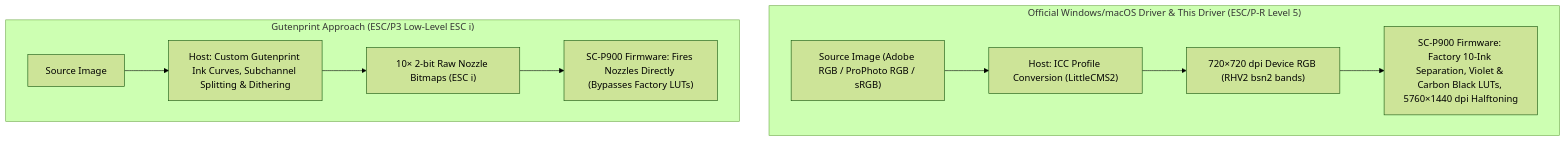
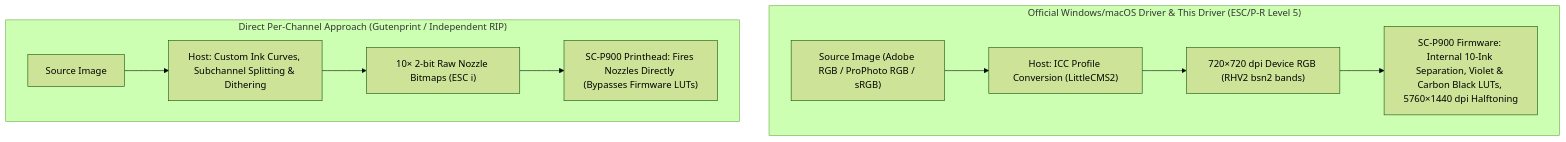
The diagram in docs/why-not-gutenprint.md (colorcube/epson-p900-escpr-cups), drawn with Mermaid (forest theme) before and after one commit. The commit also changed other lines of this file, not shown here.

Commit message:
docs: rewrite why-not-gutenprint.md to present ESC/P-R limitations and trade-offs neutrally

````diff
--- a/docs/why-not-gutenprint.md
+++ b/docs/why-not-gutenprint.md
@@ -45,14 +44,14 @@
 ```mermaid
 flowchart TD
     subgraph Official["Official Windows/macOS Driver & This Driver (ESC/P-R Level 5)"]
         A1["Source Image (Adobe RGB / ProPhoto RGB / sRGB)"] --> A2["Host: ICC Profile Conversion (LittleCMS2)"]
         A2 --> A3["720×720 dpi Device RGB (RHV2 bsn2 bands)"]
-        A3 --> A4["SC-P900 Firmware: Factory 10-Ink Separation, Violet & Carbon Black LUTs, 5760×1440 dpi Halftoning"]
+        A3 --> A4["SC-P900 Firmware: Internal 10-Ink Separation, Violet & Carbon Black LUTs, 5760×1440 dpi Halftoning"]
     end
 
-    subgraph GP["Gutenprint Approach (ESC/P3 Low-Level ESC i)"]
-        B1["Source Image"] --> B2["Host: Custom Gutenprint Ink Curves, Subchannel Splitting & Dithering"]
+    subgraph GP["Direct Per-Channel Approach (Gutenprint / Independent RIP)"]
+        B1["Source Image"] --> B2["Host: Custom Ink Curves, Subchannel Splitting & Dithering"]
         B2 --> B3["10× 2-bit Raw Nozzle Bitmaps (ESC i)"]
-        B3 --> B4["SC-P900 Firmware: Fires Nozzles Directly (Bypasses Factory LUTs)"]
+        B3 --> B4["SC-P900 Printhead: Fires Nozzles Directly (Bypasses Firmware LUTs)"]
     end
 ```
````
